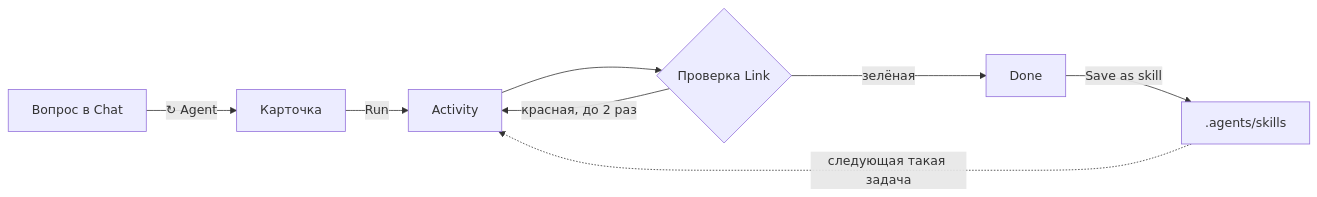
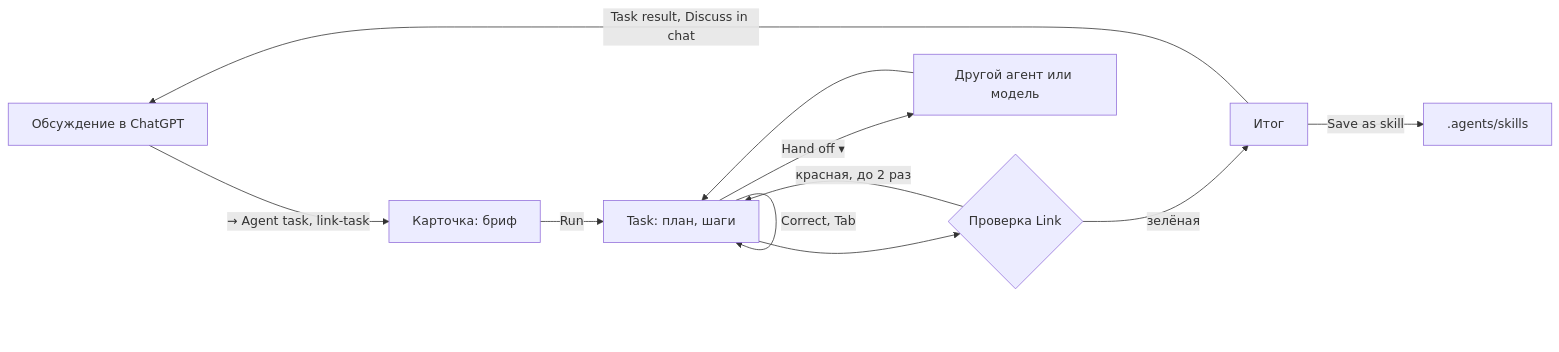
The diagram in README.md (Vladlen626/LINK), drawn with Mermaid before and after one commit. The commit also changed other lines of this file and 37 other files, not shown here.

````diff
--- a/README.md
+++ b/README.md
@@ -86,10 +100,13 @@
 ```mermaid
 flowchart LR
-    A["Вопрос в Chat"] -->|"↻ Agent"| B["Карточка"]
-    B -->|Run| C["Activity"]
+    A["Обсуждение в ChatGPT"] -->|"→ Agent task, link-task"| B["Карточка: бриф"]
+    B -->|Run| C["Task: план, шаги"]
+    C -->|"Correct, Tab"| C
     C --> D{"Проверка Link"}
     D -->|"красная, до 2 раз"| C
-    D -->|зелёная| E["Done"]
-    E -->|"Save as skill"| F[".agents/skills"]
-    F -.->|"следующая такая задача"| C
+    D -->|зелёная| E["Итог"]
+    C -->|"Hand off ▾"| F["Другой агент или модель"]
+    F --> C
+    E -->|"Task result, Discuss in chat"| A
+    E -->|"Save as skill"| G[".agents/skills"]
 ```
````
